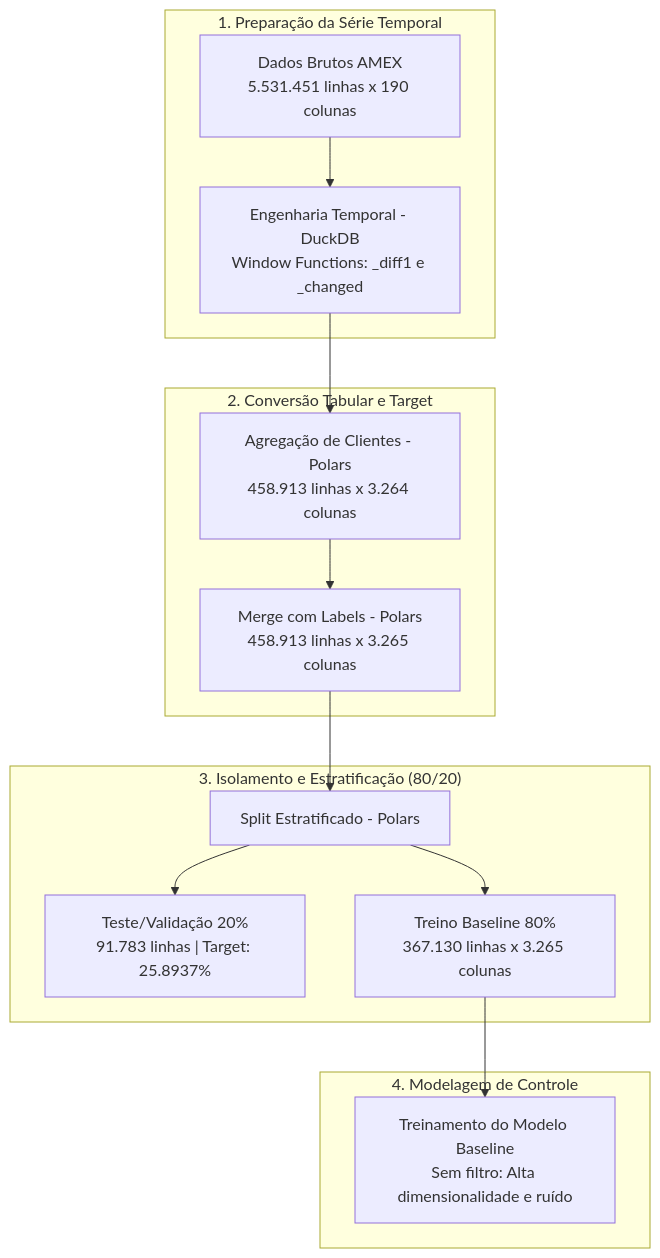
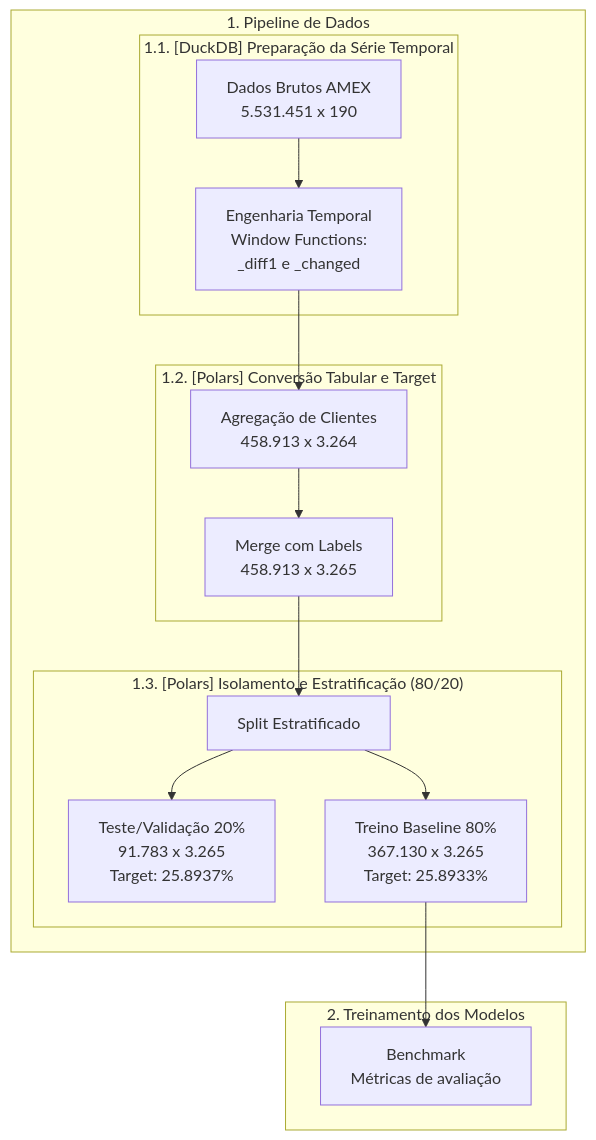
One commit to josielqrozjr/dataset-creditDefaultPrediction changed the diagram in app/pipeline/assets/diagram.md. Above: the diagram before and after it, drawn with Mermaid.

Commit message:
feat: update mermaid diagram for data pipeline structure and labeling

````diff
--- a/app/pipeline/assets/diagram.md
+++ b/app/pipeline/assets/diagram.md
@@ -1,30 +1,32 @@
 ```mermaid
 graph TD
-    subgraph "1. Preparação da Série Temporal"
-        RAW["Dados Brutos AMEX<br/>5.531.451 linhas x 190 colunas"]
-        FE["Engenharia Temporal - DuckDB<br/>Window Functions: _diff1 e _changed"]
+    subgraph "1. Pipeline de Dados"
+        subgraph "1.1. [DuckDB] Preparação da Série Temporal"
+            RAW["Dados Brutos AMEX <br/>5.531.451 x 190"]
+            FE["Engenharia Temporal <br/>Window Functions: <br/>_diff1 e _changed"]
+        end
+
+        subgraph "1.2. [Polars] Conversão Tabular e Target"
+            AGG["Agregação de Clientes <br/>458.913 x 3.264"]
+            MERGE["Merge com Labels <br/>458.913 x 3.265"]
+        end
+
+        subgraph "1.3. [Polars] Isolamento e Estratificação (80/20)"
+            SPLIT["Split Estratificado"]
+            TESTE["Teste/Validação 20% <br/>91.783 x 3.265 <br/>Target: 25.8937%"]
+            TREINO["Treino Baseline 80% <br/>367.130 x 3.265 <br/>Target: 25.8933%"]
+        end
     end
 
-    subgraph "2. Conversão Tabular e Target"
-        AGG["Agregação de Clientes - Polars<br/>458.913 linhas x 3.264 colunas"]
-        MERGE["Merge com Labels - Polars<br/>458.913 linhas x 3.265 colunas"]
-    end
-
-    subgraph "3. Isolamento e Estratificação (80/20)"
-        SPLIT["Split Estratificado - Polars"]
-        TESTE["Teste/Validação 20%<br/>91.783 linhas | Target: 25.8937%"]
-        TREINO["Treino Baseline 80%<br/>367.130 linhas x 3.265 colunas"]
-    end
-
-    subgraph "4. Modelagem de Controle"
-        MODEL["Treinamento do Modelo Baseline<br/>Sem filtro: Alta dimensionalidade e ruído"]
+    subgraph "2. Treinamento dos Modelos"
+        MODELS["Benchmark <br/>Métricas de avaliação"]
     end
 
     RAW --> FE
     FE --> AGG
     AGG --> MERGE
     MERGE --> SPLIT
     SPLIT --> TREINO
     SPLIT --> TESTE
-    TREINO --> MODEL
+    TREINO --> MODELS
 ```
````
